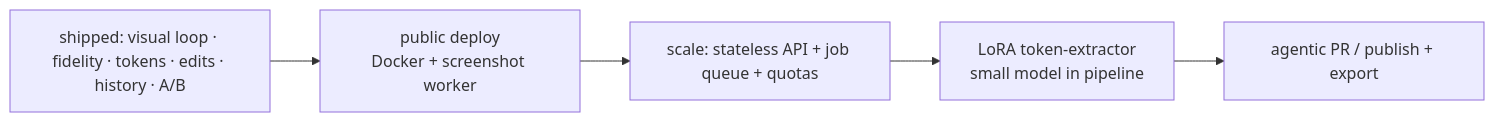
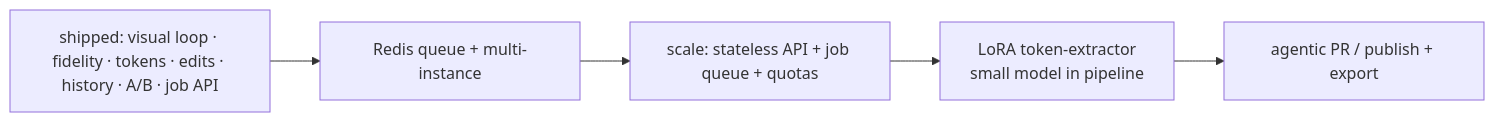
The fifth of 5 diagrams in APPROACH.md (AndyUneducated/lumalabs), drawn with Mermaid before and after one commit. The commit also changed other lines of this file and 21 other files, not shown here.

First line of the commit message:
Add scalable job queue API, Docker deploy, and GitHub Pages.

````diff
--- a/APPROACH.md
+++ b/APPROACH.md
@@ -146,7 +173,7 @@
 ```mermaid
 flowchart LR
-    NOW[shipped: visual loop · fidelity · tokens · edits · history · A/B] --> N1[public deploy<br/>Docker + screenshot worker]
+    NOW[shipped: visual loop · fidelity · tokens · edits · history · A/B · job API] --> N1[Redis queue + multi-instance]
     N1 --> N2[scale: stateless API + job queue + quotas]
     N2 --> N3[LoRA token-extractor<br/>small model in pipeline]
     N3 --> N4[agentic PR / publish + export]
 ```
````
